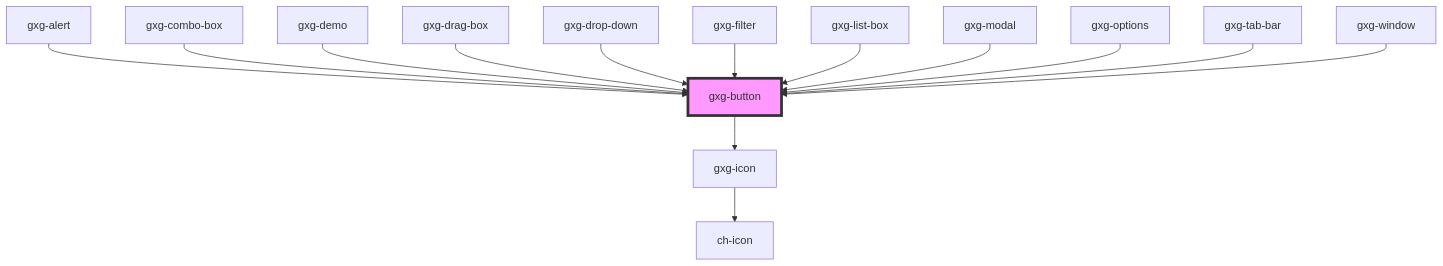
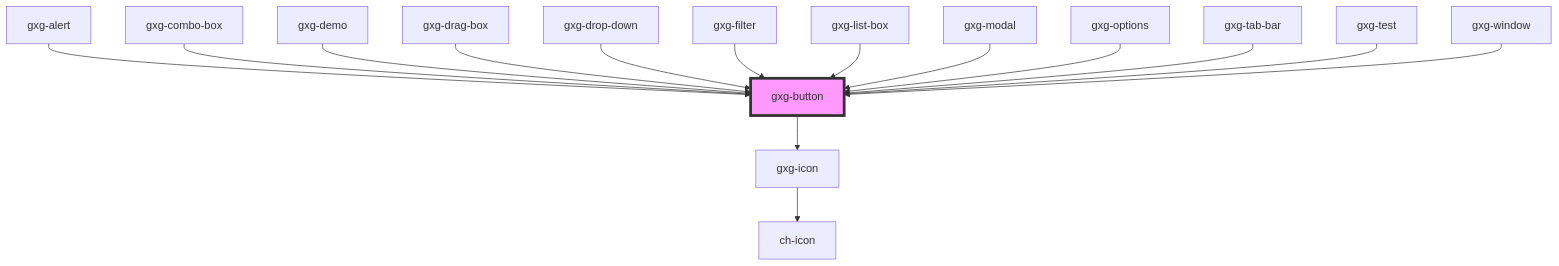
The diagram in src/components/button/readme.md (genexuslabs/gemini), drawn with Mermaid before and after one commit. The commit also changed other lines of this file and 8 other files, not shown here.

Commit message:
add export-parts to gxg-button in test component

````diff
--- a/src/components/button/readme.md
+++ b/src/components/button/readme.md
@@ -62,17 +70,18 @@
 ```mermaid
 graph TD;
   gxg-button --> gxg-icon
   gxg-icon --> ch-icon
   gxg-alert --> gxg-button
   gxg-combo-box --> gxg-button
   gxg-demo --> gxg-button
   gxg-drag-box --> gxg-button
   gxg-drop-down --> gxg-button
   gxg-filter --> gxg-button
   gxg-list-box --> gxg-button
   gxg-modal --> gxg-button
   gxg-options --> gxg-button
   gxg-tab-bar --> gxg-button
+  gxg-test --> gxg-button
   gxg-window --> gxg-button
   style gxg-button fill:#f9f,stroke:#333,stroke-width:4px
 ```
````
